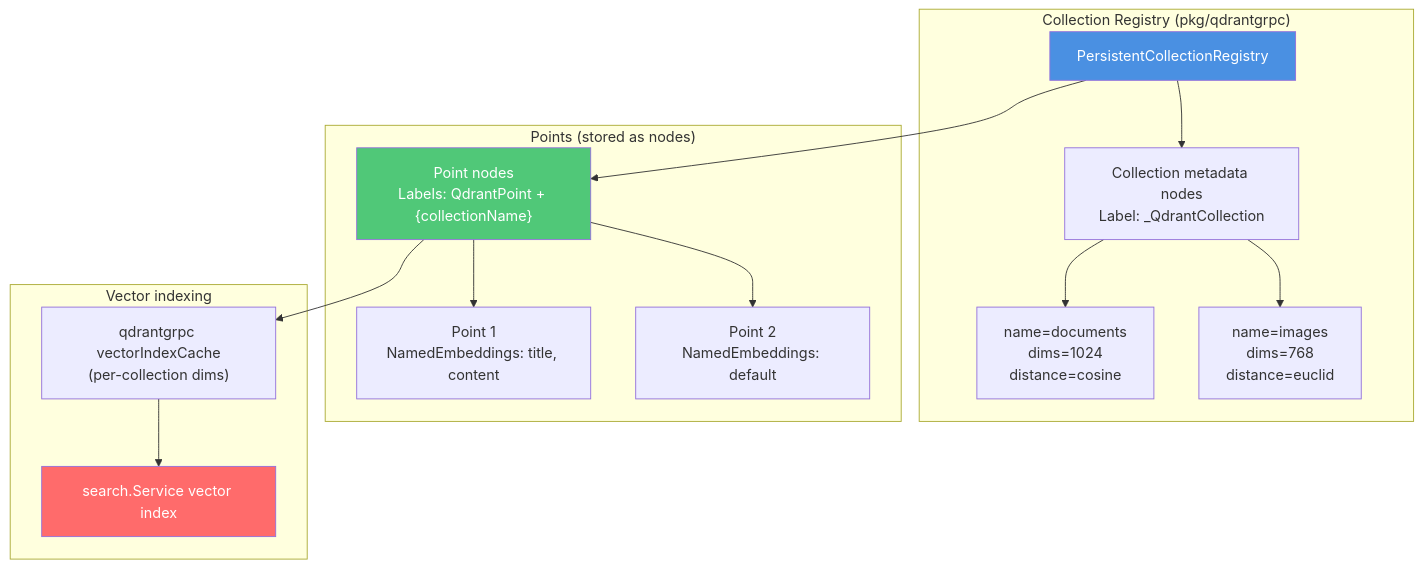
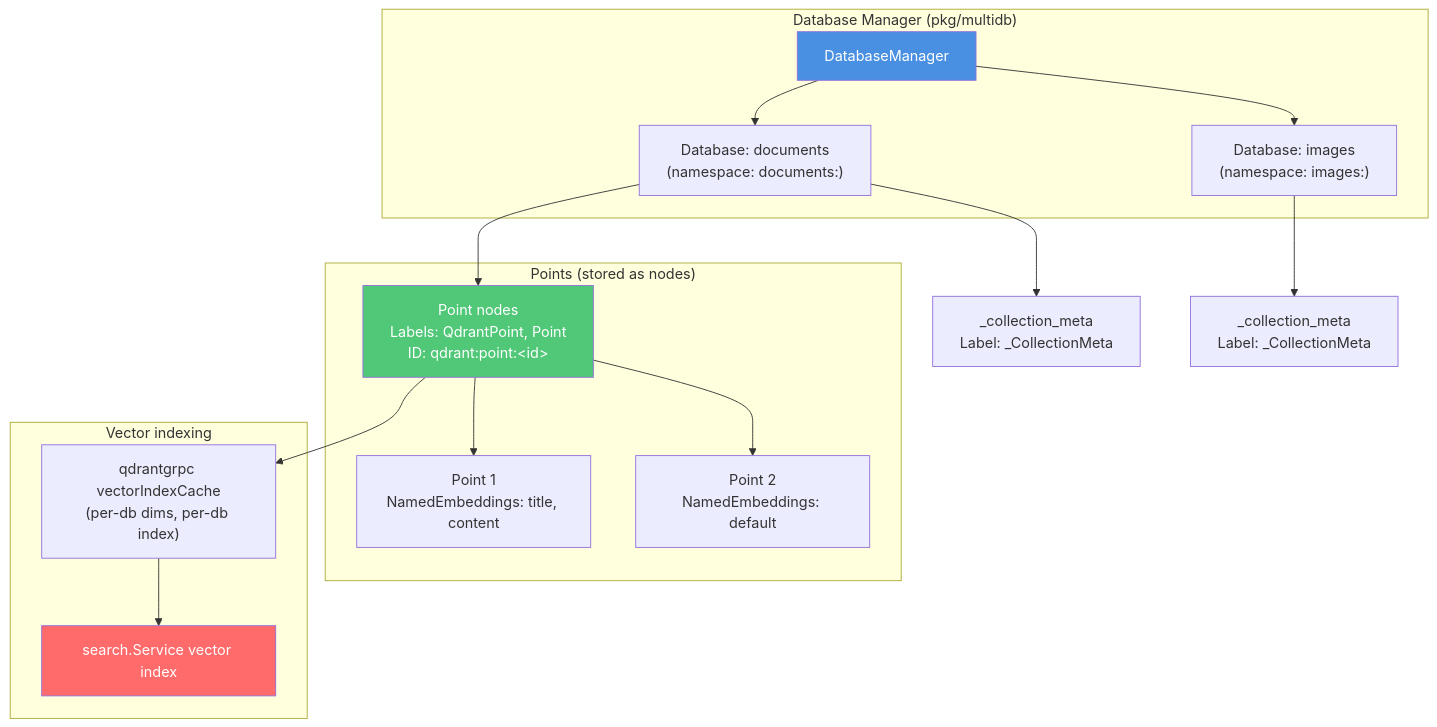
The seventh of 11 diagrams in docs/architecture/embedding-search-flow-diagrams.md (bellorr/NornicDB), drawn with Mermaid before and after one commit. The commit also changed 3 other files, not shown here.

````diff
--- a/docs/architecture/embedding-search-flow-diagrams.md
+++ b/docs/architecture/embedding-search-flow-diagrams.md
@@ -213,33 +213,33 @@
 ```mermaid
 flowchart TB
-    subgraph REG["Collection Registry (pkg/qdrantgrpc)"]
-        Registry["PersistentCollectionRegistry"]
-        MetaNodes["Collection metadata nodes<br/>Label: _QdrantCollection"]
-        Registry --> MetaNodes
-        Meta1["name=documents<br/>dims=1024<br/>distance=cosine"]
-        Meta2["name=images<br/>dims=768<br/>distance=euclid"]
-        MetaNodes --> Meta1
-        MetaNodes --> Meta2
+    subgraph MDB["Database Manager (pkg/multidb)"]
+        DM["DatabaseManager"]
+        DBDocs["Database: documents<br/>(namespace: documents:)"]
+        DBImages["Database: images<br/>(namespace: images:)"]
+        DM --> DBDocs
+        DM --> DBImages
     end
 
     subgraph PTS["Points (stored as nodes)"]
-        Points["Point nodes<br/>Labels: QdrantPoint + {collectionName}"]
+        Points["Point nodes<br/>Labels: QdrantPoint, Point<br/>ID: qdrant:point:&lt;id&gt;"]
         P1["Point 1<br/>NamedEmbeddings: title, content"]
         P2["Point 2<br/>NamedEmbeddings: default"]
         Points --> P1
         Points --> P2
     end
 
     subgraph IDX["Vector indexing"]
         Index["search.Service vector index"]
-        IndexCache["qdrantgrpc vectorIndexCache<br/>(per-collection dims)"]
+        IndexCache["qdrantgrpc vectorIndexCache<br/>(per-db dims, per-db index)"]
         IndexCache --> Index
     end
 
-    Registry --> Points
+    DBDocs --> MetaDocs["_collection_meta<br/>Label: _CollectionMeta"]
+    DBImages --> MetaImages["_collection_meta<br/>Label: _CollectionMeta"]
+    DBDocs --> Points
     Points --> IndexCache
 
-    style Registry fill:#4a90e2,color:#fff
+    style DM fill:#4a90e2,color:#fff
     style Points fill:#50c878,color:#fff
     style Index fill:#ff6b6b,color:#fff
 ```
````
